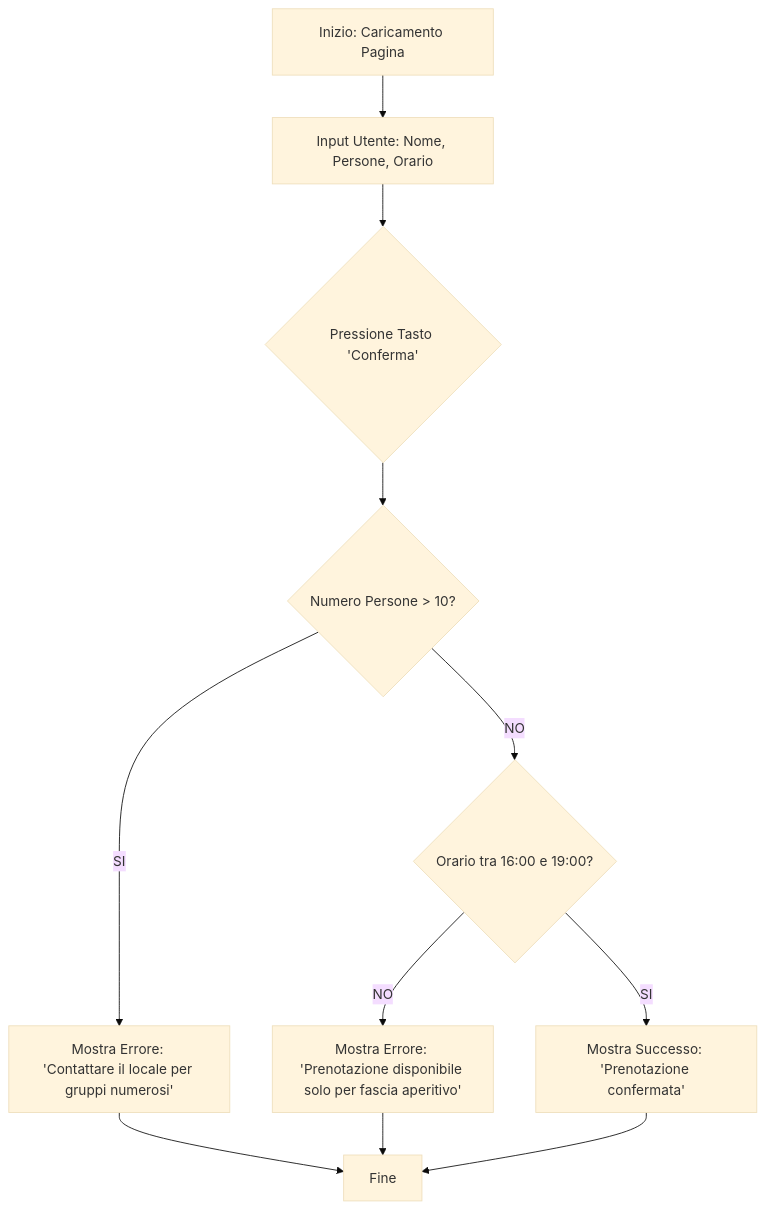
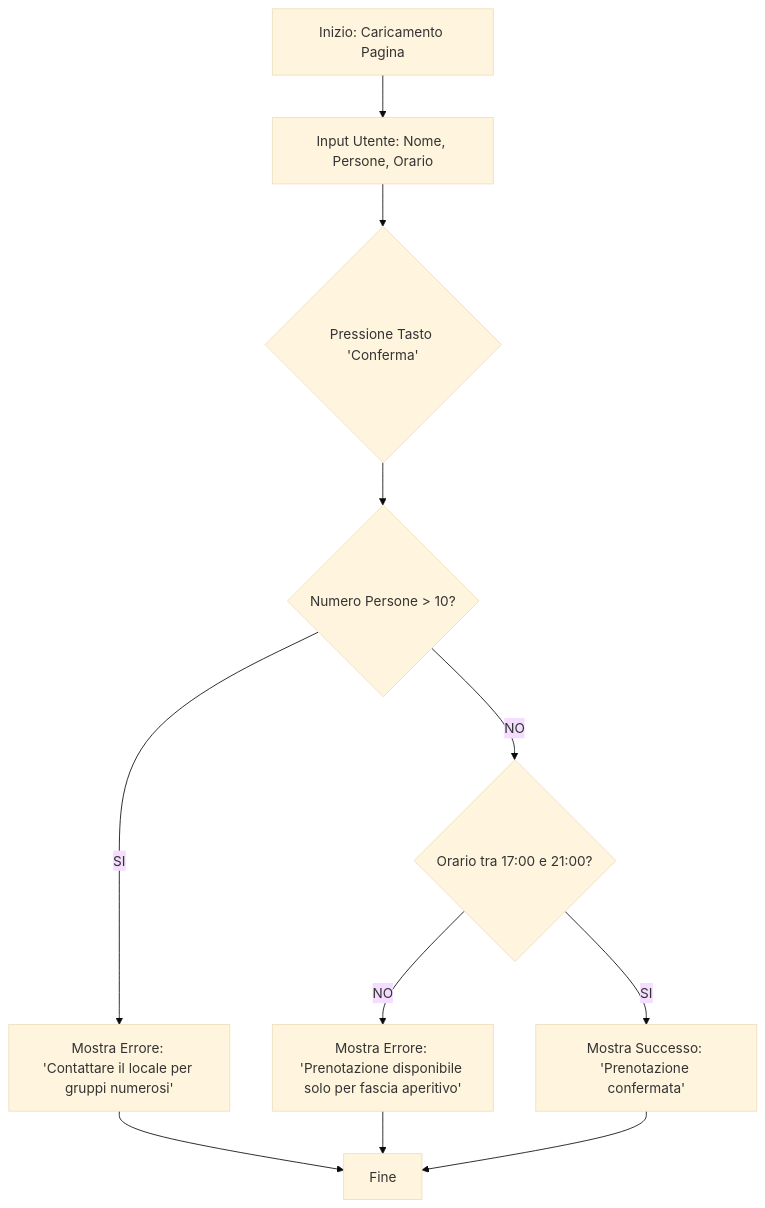
Before and after one commit to congiunicolo/esame-: the diagram in applicativo_prenotazione/flowchart.md, drawn with Mermaid (base theme). The commit also changed other lines of this file and 5 other files, not shown here.

````diff
--- a/applicativo_prenotazione/flowchart.md
+++ b/applicativo_prenotazione/flowchart.md
@@ -4,13 +4,13 @@
 ```mermaid
 graph TD
     A[Inizio: Caricamento Pagina] --> B[Input Utente: Nome, Persone, Orario]
     B --> C{Pressione Tasto 'Conferma'}
     C --> D{Numero Persone > 10?}
     D -- SI --> E[Mostra Errore: 'Contattare il locale per gruppi numerosi']
-    D -- NO --> F{Orario tra 16:00 e 19:00?}
+    D -- NO --> F{Orario tra 17:00 e 21:00?}
     F -- NO --> G[Mostra Errore: 'Prenotazione disponibile solo per fascia aperitivo']
     F -- SI --> H[Mostra Successo: 'Prenotazione confermata']
     H --> I[Fine]
     E --> I
     G --> I
 ```
````
